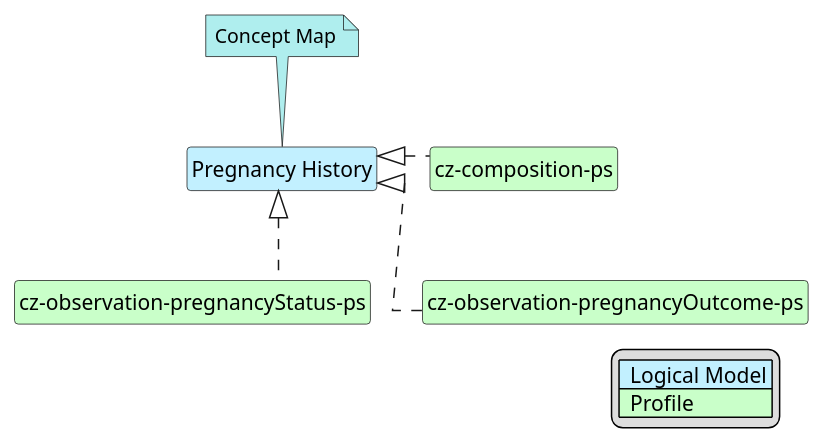
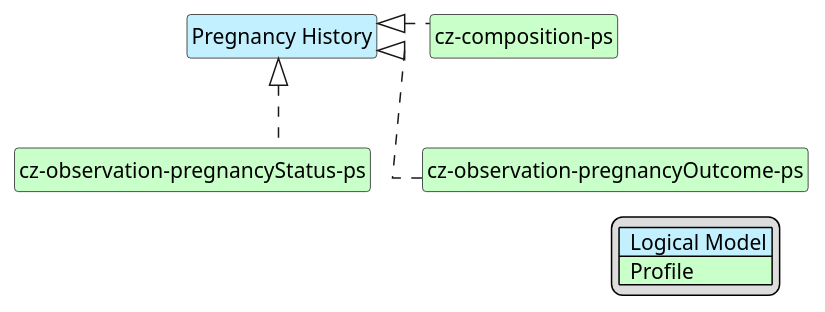
The diagram in input/images-source/PS_PregnancyHistory-map.plantuml (HL7-cz/ps), drawn with PlantUML before and after one commit. The commit also changed 12 other files, not shown here.

Commit message:
update plantuml

```diff
--- a/input/images-source/PS_PregnancyHistory-map.plantuml
+++ b/input/images-source/PS_PregnancyHistory-map.plantuml
@@ -1,31 +1,31 @@
 @startuml PS_PregnancyHistory-map
 hide circle
 hide stereotype
 hide members
 hide methods
 skinparam linetype ortho
 skinparam class {
 BackgroundColor<<LogicalModel>> #APPLICATION
 BackgroundColor<<Profile>> #TECHNOLOGY
 }
 legend right
 | <#APPLICATION>  Logical Model |
 | <#TECHNOLOGY>  Profile |
 endlegend
 class "Pregnancy History" <<LogicalModel>> [[StructureDefinition-LogPregnancyHistoryCzEn.html]]
-note top #PaleTurquoise [[ConceptMap-pregnancyHistory2FHIR-cz-ps.html]]
-Concept Map
-endnote
+' note top #PaleTurquoise [[ConceptMap-pregnancyHistory2FHIR-cz-ps.html]]
+' Concept Map
+' endnote
 ' --- Profiles mapping Alerts ---
 class "cz-composition-ps" <<Profile>> [[StructureDefinition-cz-composition-ps.html]]
 class "cz-observation-pregnancyStatus-ps" <<Profile>> [[StructureDefinition-cz-observation-pregnancyStatus-ps.html]]
 class "cz-observation-pregnancyOutcome-ps" <<Profile>> [[StructureDefinition-cz-observation-pregnancyOutcome-ps.html]]
 ' --- Realization links ---
 "Pregnancy History" <|. "cz-composition-ps"
 "Pregnancy History" <|. "cz-observation-pregnancyStatus-ps"
 "Pregnancy History" <|. "cz-observation-pregnancyOutcome-ps"
 ' ' (volitelné – skryté vazby jen pro rozložení v diagramu)
 "Pregnancy History" -d[hidden]-> "cz-composition-ps"
 "cz-composition-ps" -d[hidden]-> "cz-observation-pregnancyStatus-ps"
 "cz-composition-ps" -d[hidden]-> "cz-observation-pregnancyOutcome-ps"
 @enduml
```
